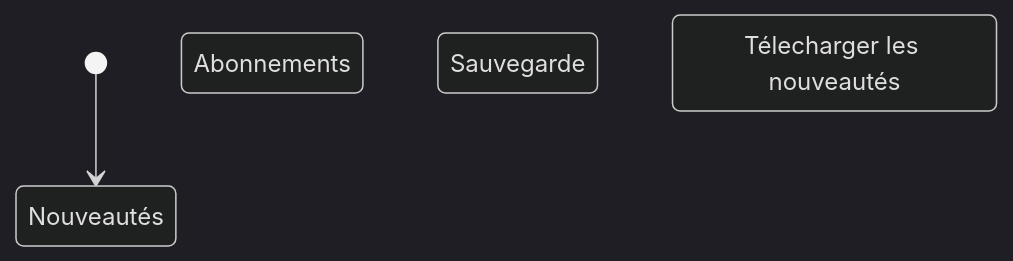
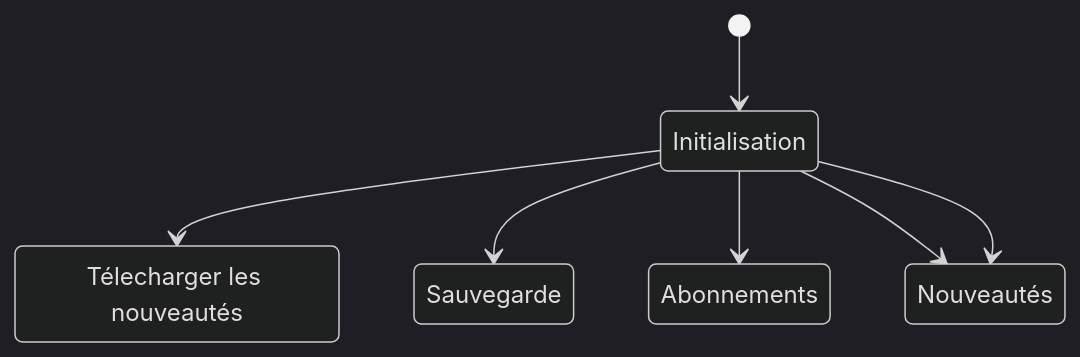
The diagram in src/navigation/navigation.machine.doc.test.md (acailly/state-machine-rss-reader), drawn with Mermaid (dark theme) before and after one commit. The commit also changed other lines of this file and 50 other files, not shown here.

````diff
--- a/src/navigation/navigation.machine.doc.test.md
+++ b/src/navigation/navigation.machine.doc.test.md
@@ -5,10 +5,16 @@
 ```mermaid
 stateDiagram-v2  
 %% navigation  
-	[*] --> Nouveautés  
+	[*] --> Initialisation  
 	Nouveautés: Nouveautés  
 	Abonnements: Abonnements  
 	Sauvegarde: Sauvegarde  
 	Télecharger_les_nouveautés: Télecharger les nouveautés  
+	Initialisation: Initialisation  
+	Initialisation --> Télecharger_les_nouveautés:   
+	Initialisation --> Sauvegarde:   
+	Initialisation --> Abonnements:   
+	Initialisation --> Nouveautés:   
+	Initialisation --> Nouveautés:   
 
 ```
````
